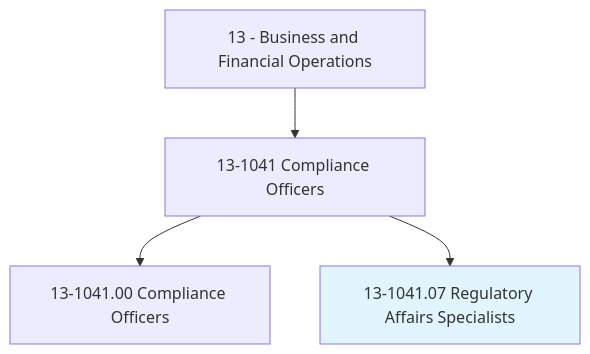
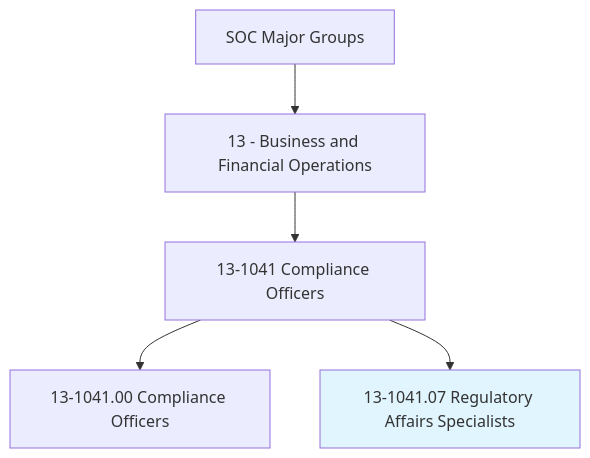
Before and after one commit to kziemski/business.org.ai: the first of 4 diagrams in occupations/Business/RegulatoryAffairsSpecialists.mdx, drawn with Mermaid. The commit also changed other lines of this file and 938 other files, not shown here.

````diff
--- a/occupations/Business/RegulatoryAffairsSpecialists.mdx
+++ b/occupations/Business/RegulatoryAffairsSpecialists.mdx
@@ -19,7 +25,8 @@
 ```mermaid
 graph TD
-    Cat13["13 - Business and Financial Operations"] --> Group131041["13-1041 Compliance Officers"]
-    Group131041 --> Base["13-1041.00 Compliance Officers"]
-    Group131041 --> Current["13-1041.07 Regulatory Affairs Specialists"]
+    SOC["SOC Major Groups"] --> Cat13["13 - Business and Financial Operations"]
+    Cat13 --> G131041["13-1041 Compliance Officers"]
+    G131041 --> Base["13-1041.00 Compliance Officers"]
+    G131041 --> Current["13-1041.07 Regulatory Affairs Specialists"]
     style Current fill:#e1f5fe
 ```
````
